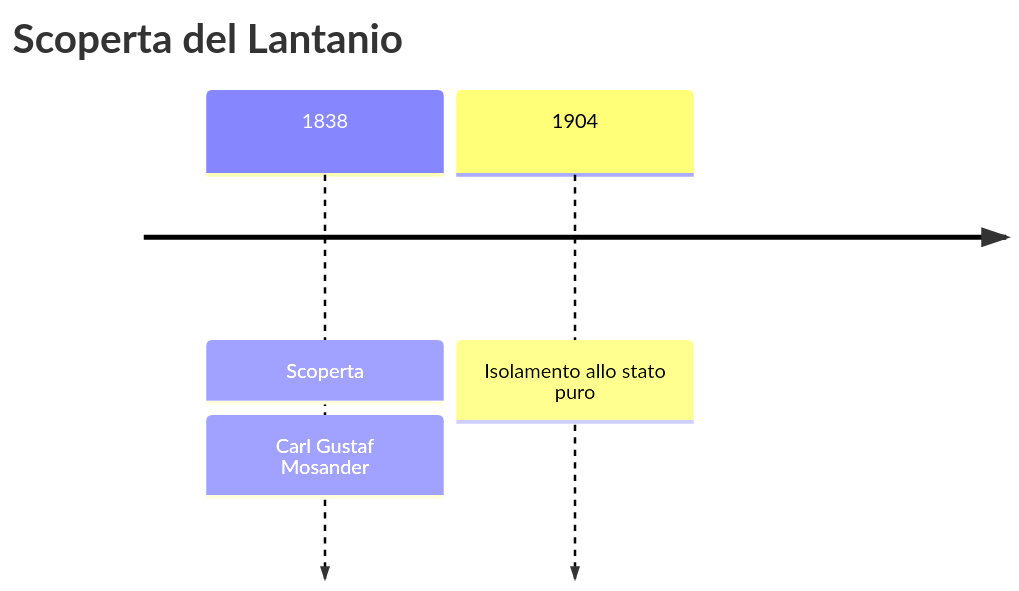
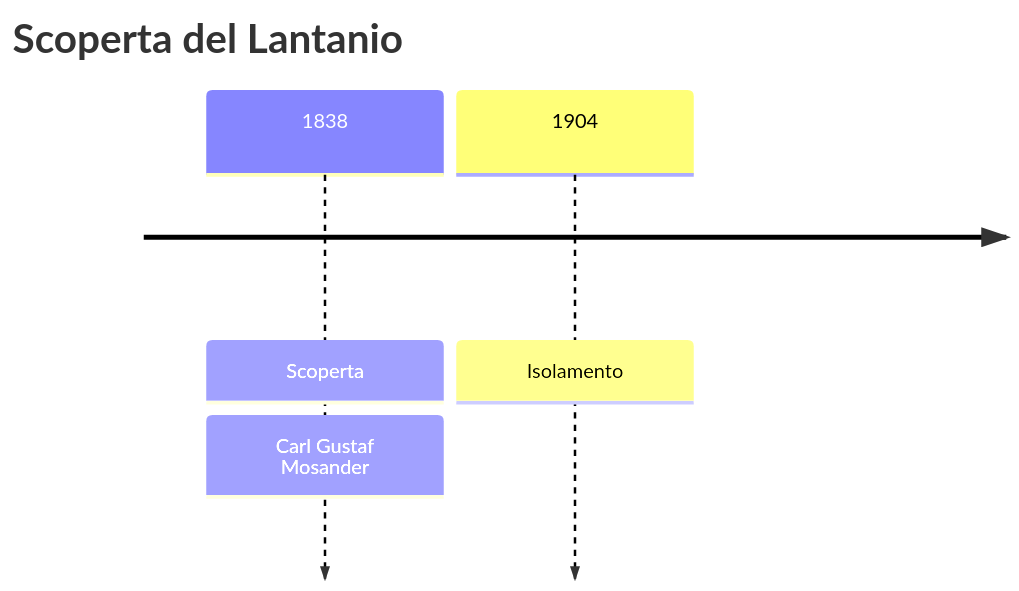
One commit to gianlucaciarcelluti/elements-caos changed the first of 2 diagrams in vault/Elementi/Lantanio.md. Above: the diagram before and after it, drawn with Mermaid. The commit also changed 56 other files, not shown here.

````diff
--- a/vault/Elementi/Lantanio.md
+++ b/vault/Elementi/Lantanio.md
@@ -28,6 +28,6 @@
 ```mermaid
 timeline
     title Scoperta del Lantanio
     1838 : Scoperta : Carl Gustaf Mosander
-    1904 : Isolamento allo stato puro
+    1904 : Isolamento
 ```
````
